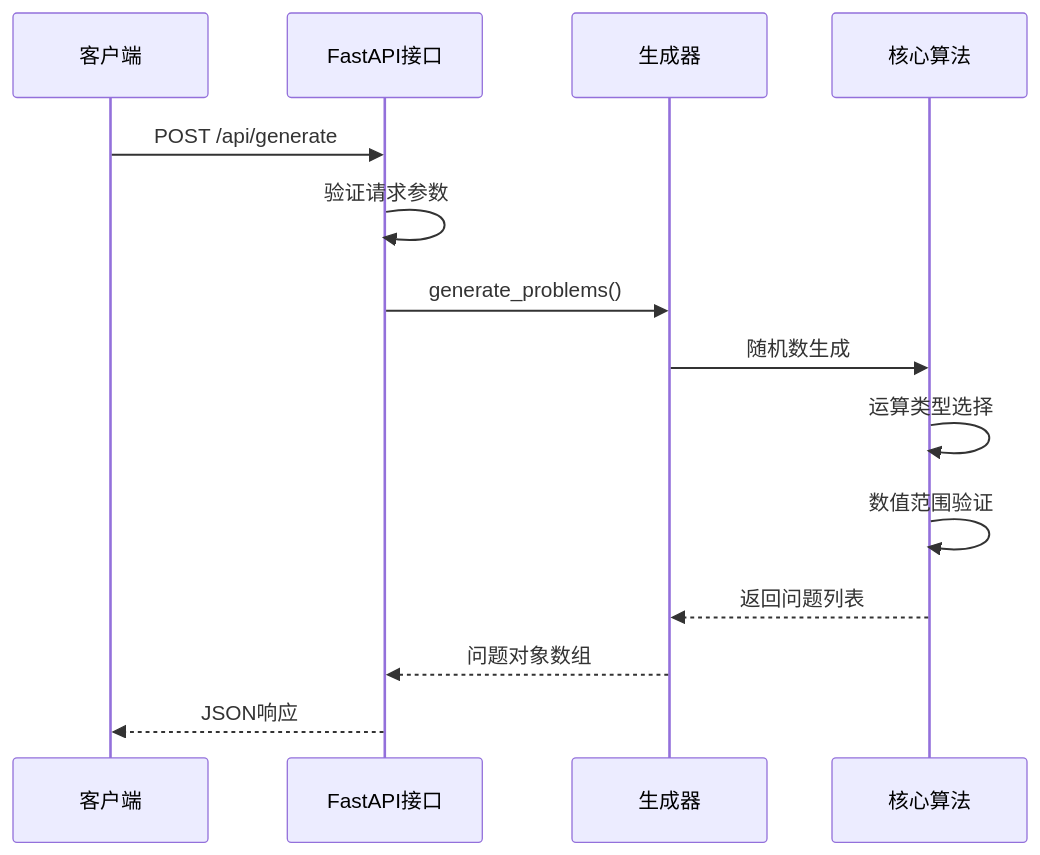
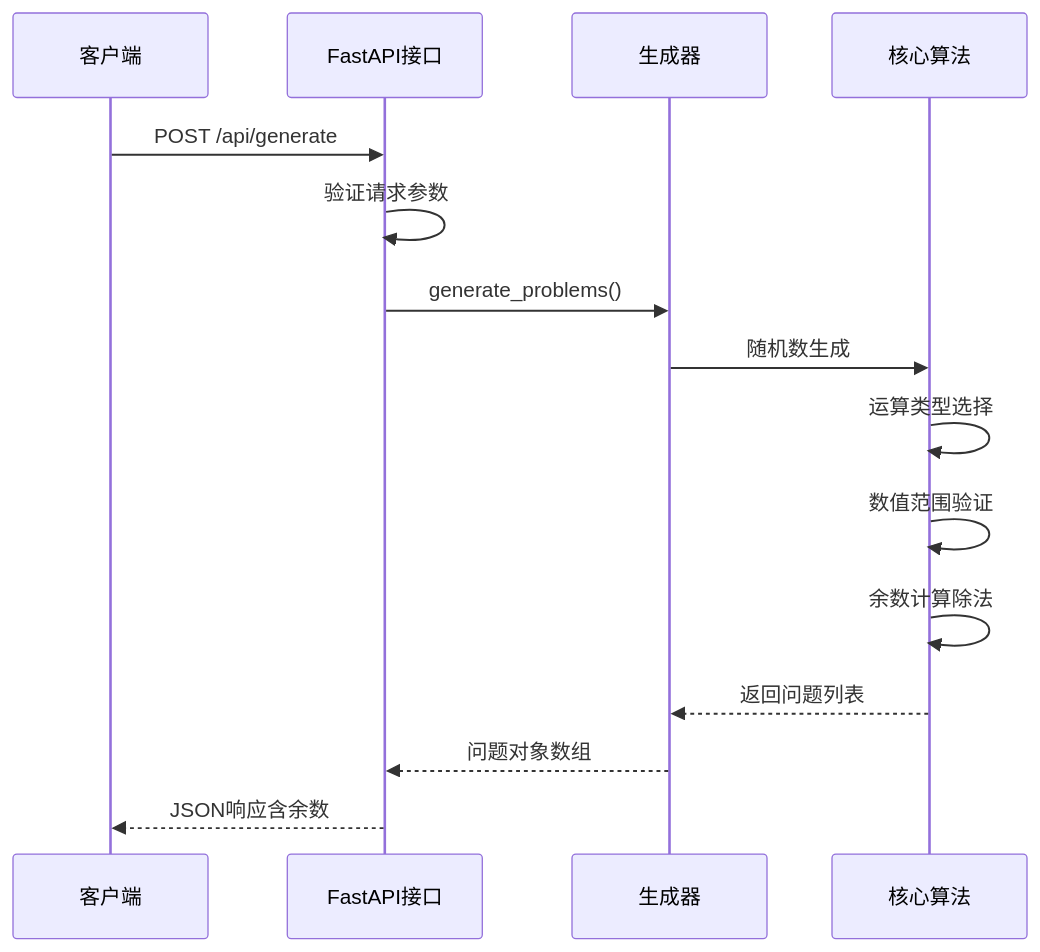
Before and after one commit to SimonWHL/math-learning: the third of 12 diagrams in .qoder/repowiki/zh/content/项目结构/Web API接口.md, drawn with Mermaid. The commit also changed other lines of this file and 17 other files, not shown here.

````diff
--- a/.qoder/repowiki/zh/content/项目结构/Web API接口.md
+++ b/.qoder/repowiki/zh/content/项目结构/Web API接口.md
@@ -162,16 +195,17 @@
 ```mermaid
 sequenceDiagram
 participant Client as 客户端
 participant API as FastAPI接口
 participant Gen as 生成器
 participant Core as 核心算法
 Client->>API : POST /api/generate
 API->>API : 验证请求参数
 API->>Gen : generate_problems()
 Gen->>Core : 随机数生成
 Core->>Core : 运算类型选择
 Core->>Core : 数值范围验证
+Core->>Core : 余数计算除法
 Core-->>Gen : 返回问题列表
 Gen-->>API : 问题对象数组
-API-->>Client : JSON响应
+API-->>Client : JSON响应含余数
 ```
````
